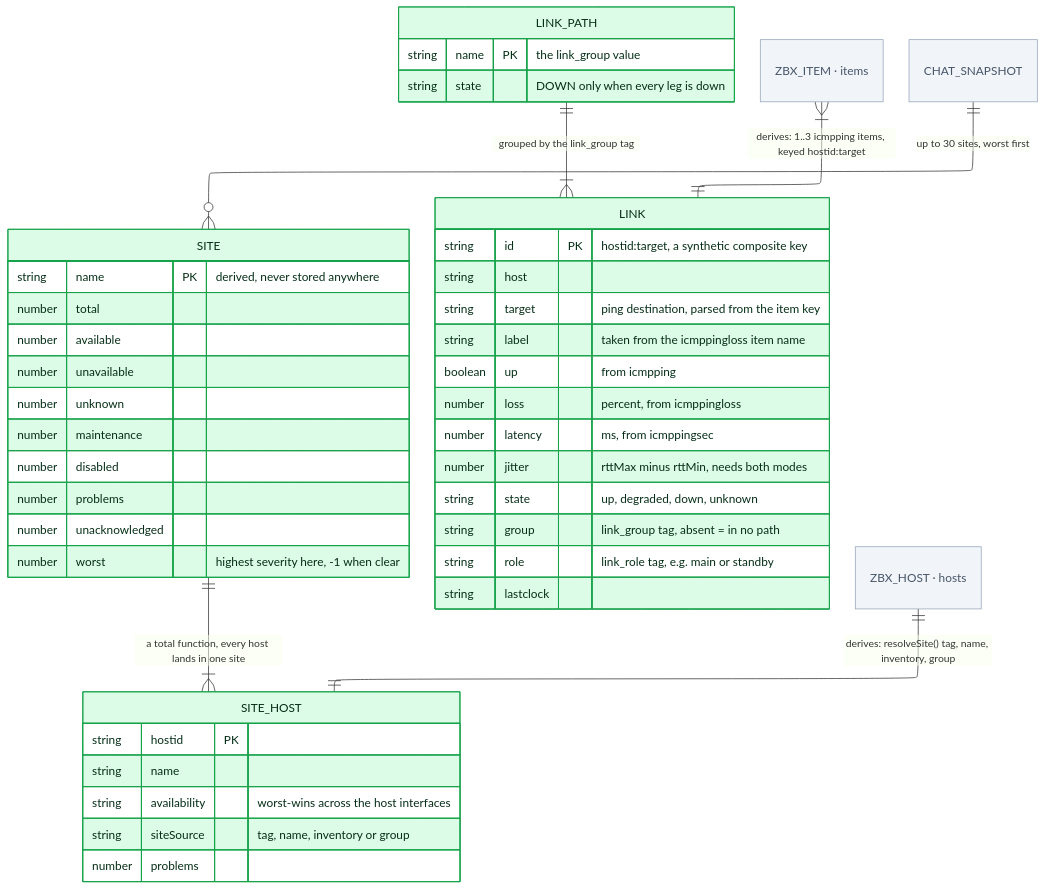
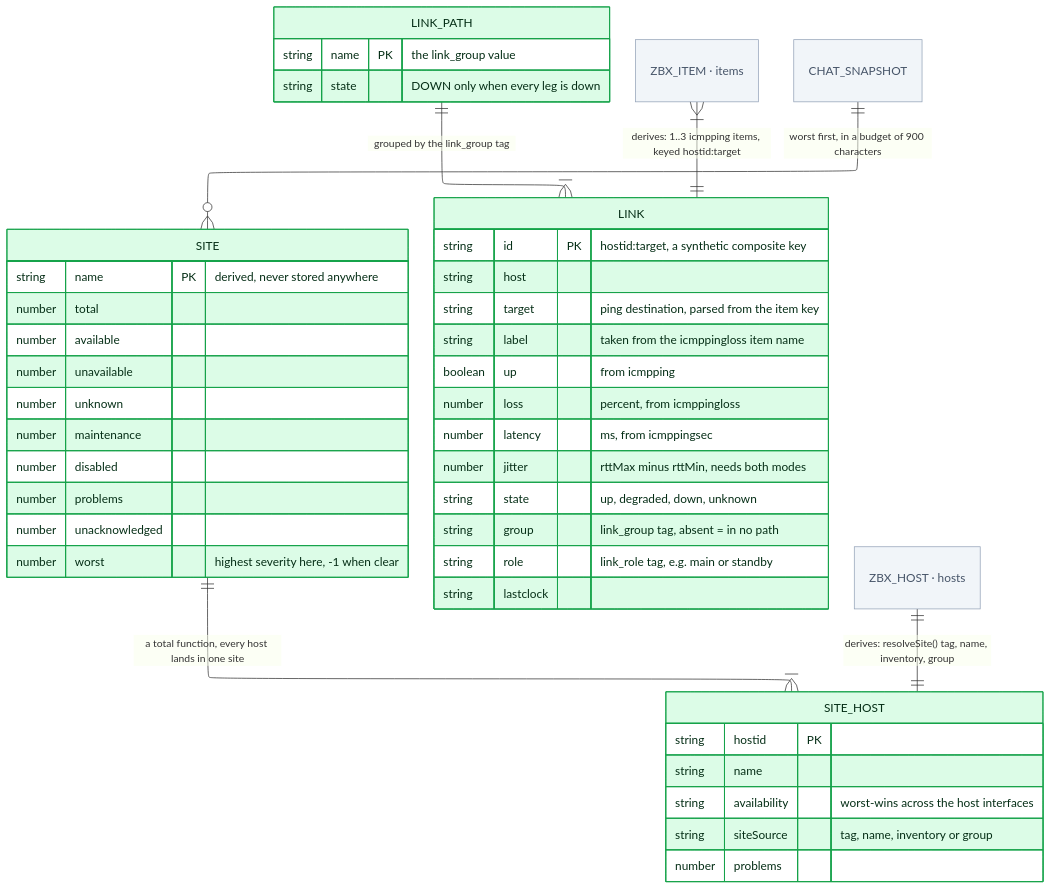
One commit to Fxkra28/Dashboard-Zabbix-Prototype changed the third of 10 diagrams in docs/erd/vanilla/ERD-Domains.md. Above: the diagram before and after it, drawn with Mermaid. The commit also changed other lines of this file and 71 other files, not shown here.

````diff
--- a/docs/erd/vanilla/ERD-Domains.md
+++ b/docs/erd/vanilla/ERD-Domains.md
@@ -164,61 +169,61 @@
 ```mermaid
 ---
 config:
   layout: elk
 ---
 erDiagram
     direction TB
     SITE {
         string name PK "derived, never stored anywhere"
         number total
         number available
         number unavailable
         number unknown
         number maintenance
         number disabled
         number problems
         number unacknowledged
         number worst "highest severity here, -1 when clear"
     }
     SITE_HOST {
         string hostid PK
         string name
         string availability "worst-wins across the host interfaces"
         string siteSource "tag, name, inventory or group"
         number problems
     }
     LINK {
         string id PK "hostid:target, a synthetic composite key"
         string host
         string target "ping destination, parsed from the item key"
         string label "taken from the icmppingloss item name"
         boolean up "from icmpping"
         number loss "percent, from icmppingloss"
         number latency "ms, from icmppingsec"
         number jitter "rttMax minus rttMin, needs both modes"
         string state "up, degraded, down, unknown"
         string group "link_group tag, absent = in no path"
         string role "link_role tag, e.g. main or standby"
         string lastclock
     }
     LINK_PATH {
         string name PK "the link_group value"
         string state "DOWN only when every leg is down"
     }
     ZBX_HOST["ZBX_HOST · hosts"]
     ZBX_ITEM["ZBX_ITEM · items"]
 
     SITE                 ||--|{ SITE_HOST            : "a total function, every host lands in one site"
     LINK_PATH            ||--|{ LINK                 : "grouped by the link_group tag"
 
     ZBX_HOST             ||--|| SITE_HOST            : "derives: resolveSite() tag, name, inventory, group"
     ZBX_ITEM             }|--|| LINK                 : "derives: 1..3 icmpping items, keyed hostid:target"
-    CHAT_SNAPSHOT        ||--o{ SITE                 : "up to 30 sites, worst first"
+    CHAT_SNAPSHOT        ||--o{ SITE                 : "worst first, in a budget of 900 characters"
 
     classDef zbx      fill:#dbeafe,stroke:#2563eb,color:#14213d
     classDef derived  fill:#dcfce7,stroke:#16a34a,color:#052e16
     classDef local    fill:#fef3c7,stroke:#d97706,color:#451a03
     classDef external fill:#f1f5f9,stroke:#94a3b8,color:#475569
     class SITE,SITE_HOST,LINK,LINK_PATH derived
     class CHAT_SNAPSHOT,ZBX_HOST,ZBX_ITEM external
 ```
````
